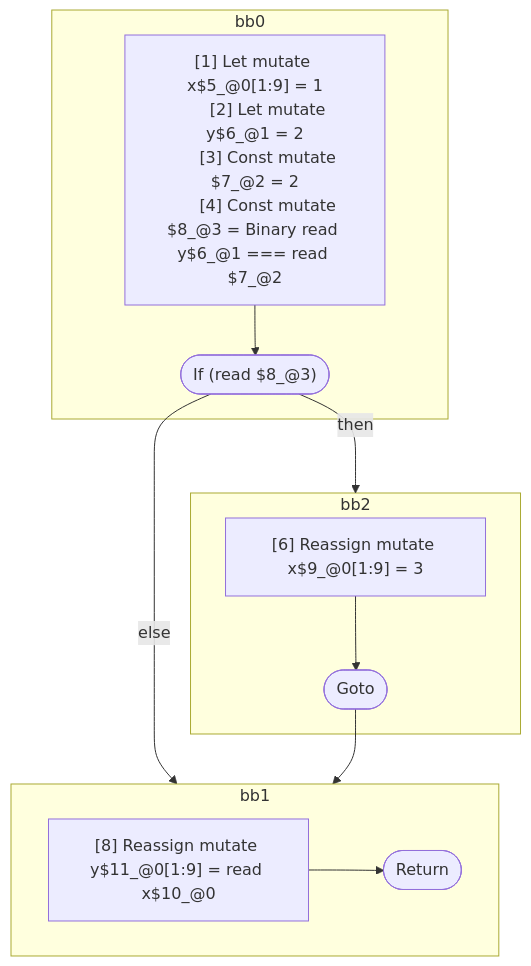
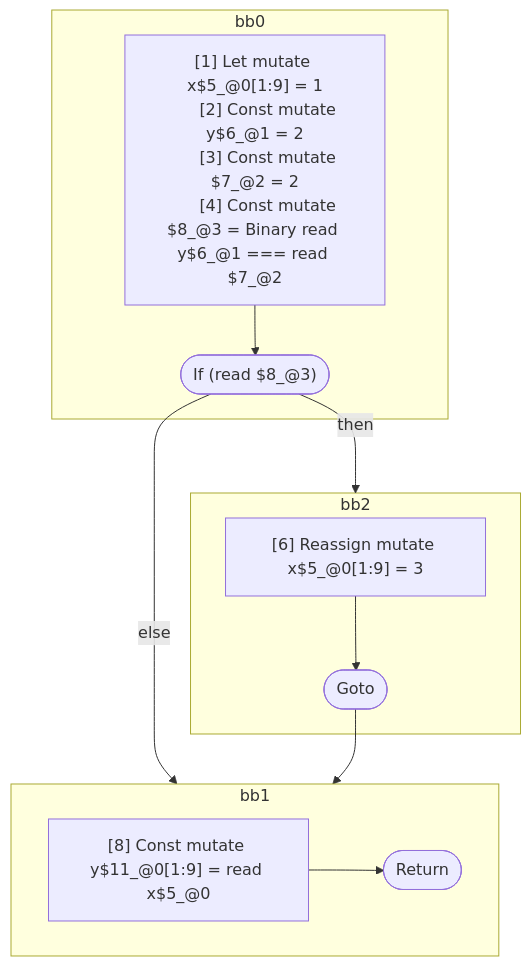
One commit to wutsmog/private changed the diagram in compiler/forget/src/__tests__/fixtures/hir/ssa-complex-single-if.expect.md. Above: the diagram before and after it, drawn with Mermaid. The commit also changed other lines of this file and 61 other files, not shown here.

````diff
--- a/compiler/forget/src/__tests__/fixtures/hir/ssa-complex-single-if.expect.md
+++ b/compiler/forget/src/__tests__/fixtures/hir/ssa-complex-single-if.expect.md
@@ -42,31 +41,31 @@
 ```mermaid
 flowchart TB
   %% Basic Blocks
   subgraph bb0
     bb0_instrs["
       [1] Let mutate x$5_@0[1:9] = 1
-      [2] Let mutate y$6_@1 = 2
+      [2] Const mutate y$6_@1 = 2
       [3] Const mutate $7_@2 = 2
       [4] Const mutate $8_@3 = Binary read y$6_@1 === read $7_@2
     "]
     bb0_instrs --> bb0_terminal(["If (read $8_@3)"])
   end
   subgraph bb2
     bb2_instrs["
-      [6] Reassign mutate x$9_@0[1:9] = 3
+      [6] Reassign mutate x$5_@0[1:9] = 3
     "]
     bb2_instrs --> bb2_terminal(["Goto"])
   end
   subgraph bb1
     bb1_instrs["
-      [8] Reassign mutate y$11_@0[1:9] = read x$10_@0
+      [8] Const mutate y$11_@0[1:9] = read x$5_@0
     "]
     bb1_instrs --> bb1_terminal(["Return"])
   end
 
   %% Jumps
   bb0_terminal -- "then" --> bb2
   bb0_terminal -- "else" --> bb1
   bb2_terminal --> bb1
 
 ```
````
